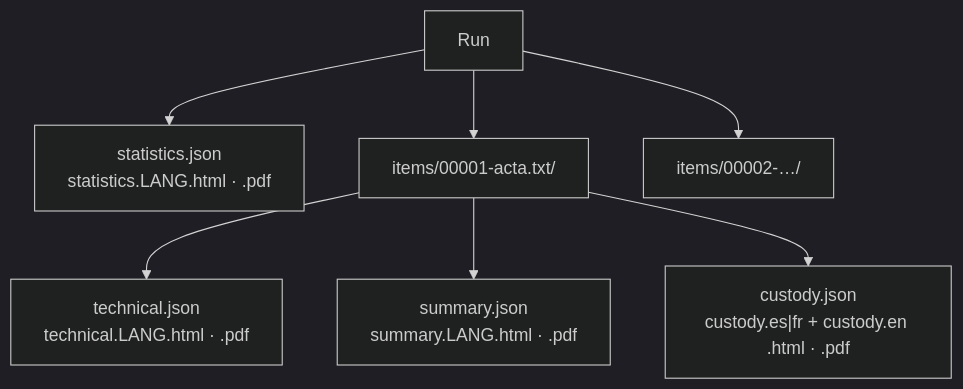
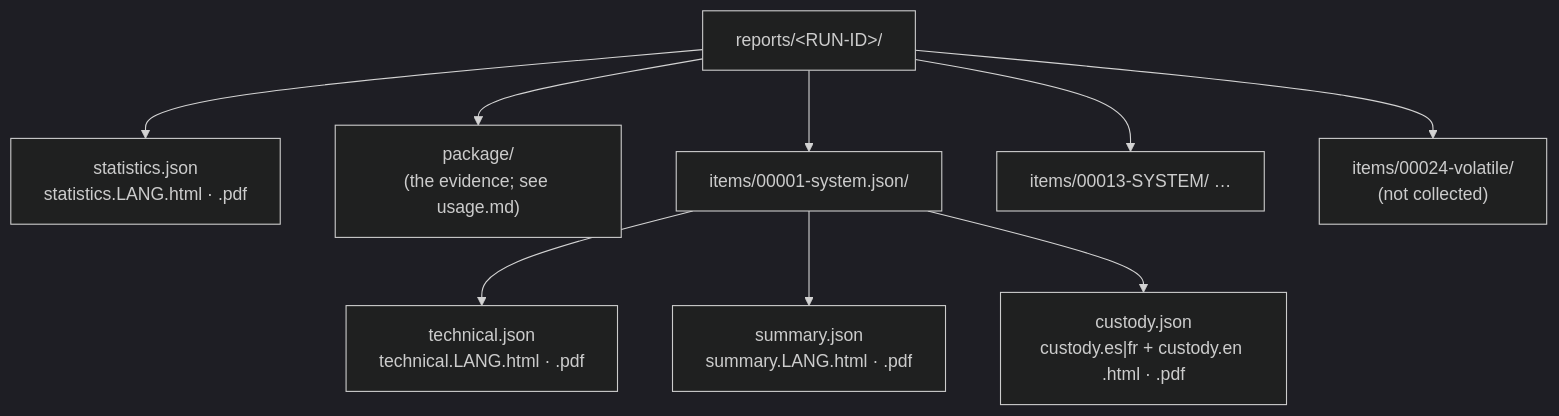
The first of 2 diagrams in docs/reports.md (Panacota96/rv-triage), drawn with Mermaid (dark theme) before and after one commit. The commit also changed other lines of this file and 85 other files, not shown here.

````diff
--- a/docs/reports.md
+++ b/docs/reports.md
@@ -7,9 +8,11 @@
 ```mermaid
 flowchart TB
-    RUN["Run"] --> S["statistics.json<br/>statistics.LANG.html · .pdf"]
-    RUN --> I1["items/00001-acta.txt/"]
-    RUN --> I2["items/00002-…/"]
+    RUN["reports/&lt;RUN-ID&gt;/"] --> S["statistics.json<br/>statistics.LANG.html · .pdf"]
+    RUN --> PK["package/<br/>(the evidence; see usage.md)"]
+    RUN --> I1["items/00001-system.json/"]
+    RUN --> I2["items/00013-SYSTEM/ …"]
+    RUN --> IN["items/00024-volatile/<br/>(not collected)"]
     I1 --> T1["technical.json<br/>technical.LANG.html · .pdf"]
     I1 --> C1["summary.json<br/>summary.LANG.html · .pdf"]
     I1 --> K1["custody.json<br/>custody.es|fr + custody.en .html · .pdf"]
 ```
````
